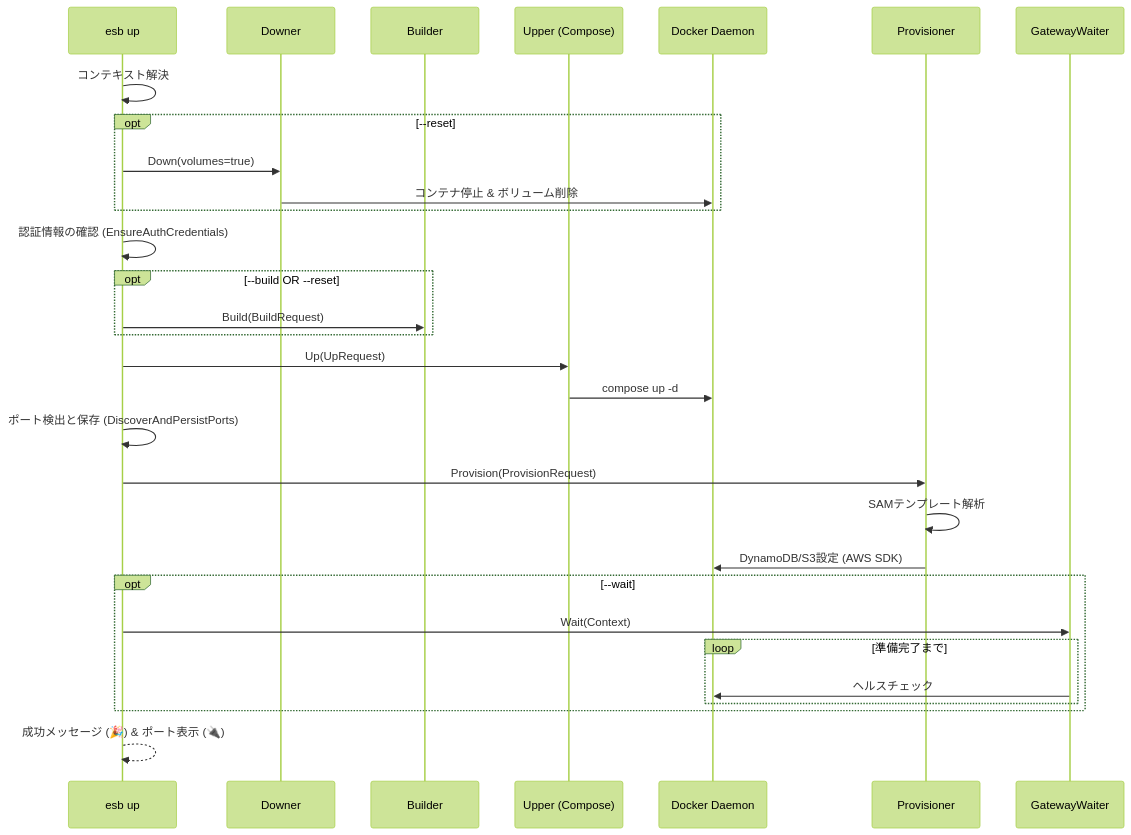
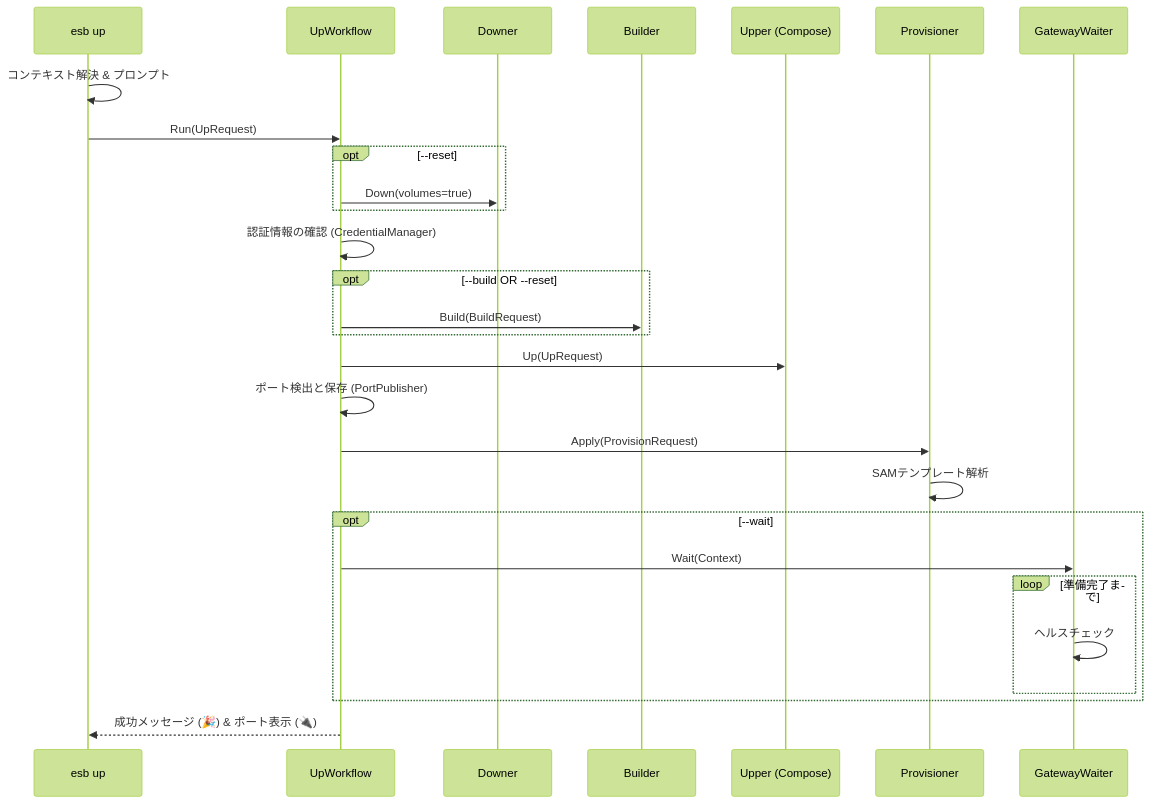
Before and after one commit to poruru-code/esb-cli: the diagram in docs/up.md, drawn with Mermaid (forest theme). The commit also changed other lines of this file and 9 other files, not shown here.

Commit message:
CLI docs: workflows/ports 反映

````diff
--- a/docs/up.md
+++ b/docs/up.md
@@ -43,41 +45,39 @@
 ```mermaid
 sequenceDiagram
     participant CLI as esb up
+    participant WF as UpWorkflow
     participant Downer as Downer
     participant Builder as Builder
     participant Upper as Upper (Compose)
-    participant Docker as Docker Daemon
     participant Provisioner as Provisioner
     participant Waiter as GatewayWaiter
 
-    CLI->>CLI: コンテキスト解決
+    CLI->>CLI: コンテキスト解決 & プロンプト
+    CLI->>WF: Run(UpRequest)
 
     opt --reset
-        CLI->>Downer: Down(volumes=true)
-        Downer->>Docker: コンテナ停止 & ボリューム削除
+        WF->>Downer: Down(volumes=true)
     end
 
-    CLI->>CLI: 認証情報の確認 (EnsureAuthCredentials)
+    WF->>WF: 認証情報の確認 (CredentialManager)
 
     opt --build OR --reset
-        CLI->>Builder: Build(BuildRequest)
+        WF->>Builder: Build(BuildRequest)
     end
 
-    CLI->>Upper: Up(UpRequest)
-    Upper->>Docker: compose up -d
+    WF->>Upper: Up(UpRequest)
 
-    CLI->>CLI: ポート検出と保存 (DiscoverAndPersistPorts)
+    WF->>WF: ポート検出と保存 (PortPublisher)
 
-    CLI->>Provisioner: Provision(ProvisionRequest)
+    WF->>Provisioner: Apply(ProvisionRequest)
     Provisioner->>Provisioner: SAMテンプレート解析
-    Provisioner->>Docker: DynamoDB/S3設定 (AWS SDK)
 
     opt --wait
-        CLI->>Waiter: Wait(Context)
+        WF->>Waiter: Wait(Context)
         loop 準備完了まで
-            Waiter->>Docker: ヘルスチェック
+            Waiter->>Waiter: ヘルスチェック
         end
     end
 
-    CLI-->>CLI: 成功メッセージ (🎉) & ポート表示 (🔌)
+    WF-->>CLI: 成功メッセージ (🎉) & ポート表示 (🔌)
 ```
````
